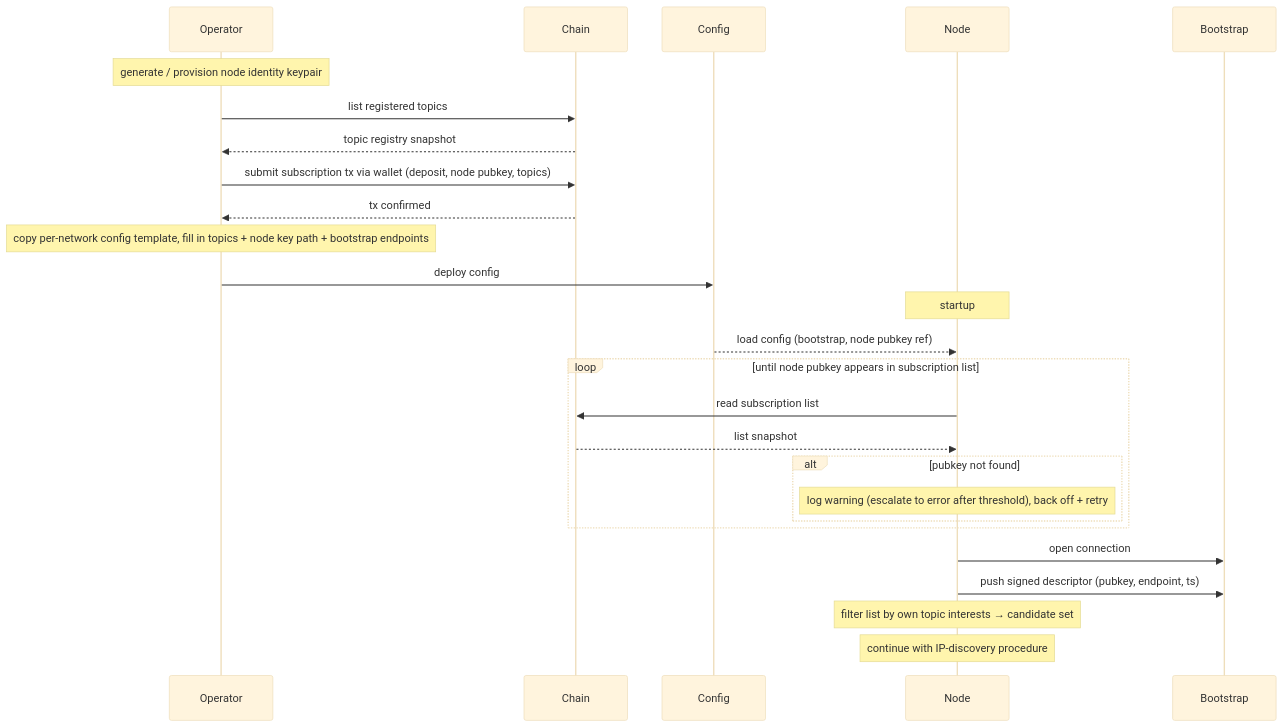
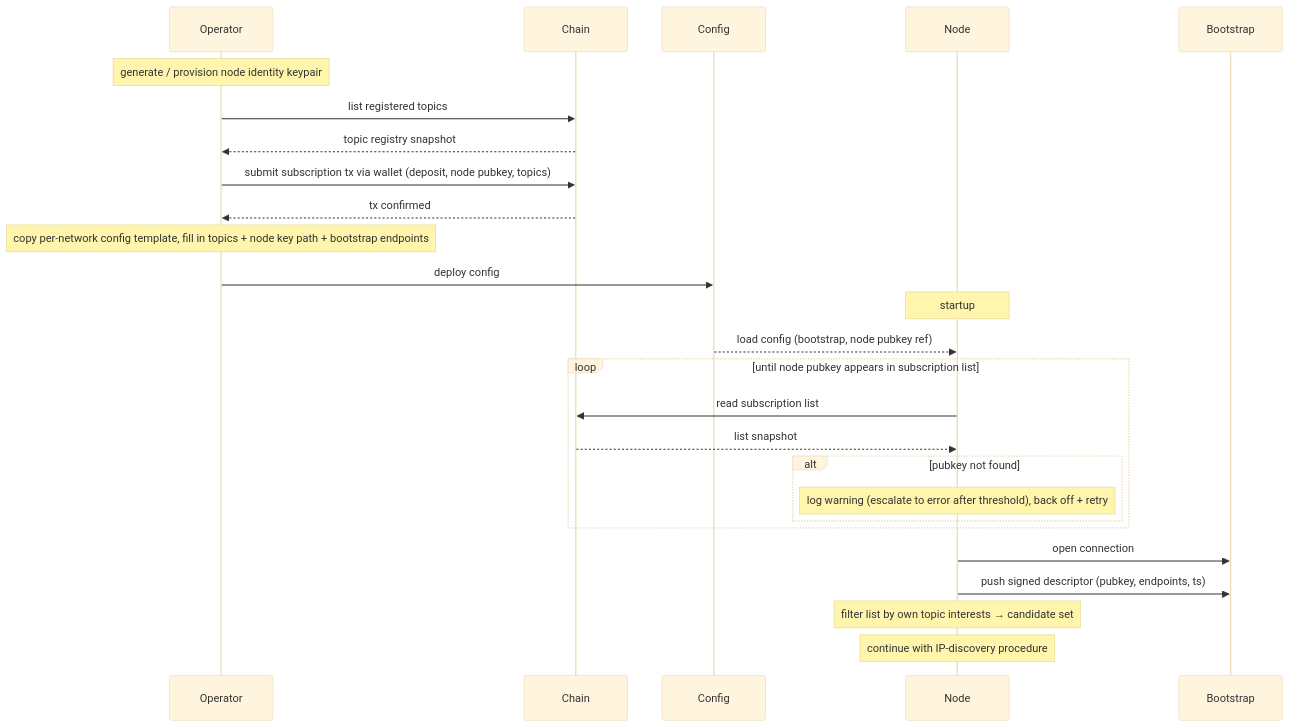
The diagram in docs/node-lifecycle/joining.md (input-output-hk/pubsub), drawn with Mermaid (base theme) before and after one commit. The commit also changed other lines of this file and 2 other files, not shown here.

First line of the commit message:
docs(node-lifecycle): SignedDescriptor carries an ordered endpoints list

````diff
--- a/docs/node-lifecycle/joining.md
+++ b/docs/node-lifecycle/joining.md
@@ -29,30 +29,30 @@
 ```mermaid
 sequenceDiagram
     participant Operator
     participant Chain
     participant Config
     participant Node
     participant Bootstrap
 
     Note over Operator: generate / provision node identity keypair
     Operator->>Chain: list registered topics
     Chain-->>Operator: topic registry snapshot
     Operator->>Chain: submit subscription tx via wallet (deposit, node pubkey, topics)
     Chain-->>Operator: tx confirmed
     Note over Operator: copy per-network config template, fill in topics + node key path + bootstrap endpoints
     Operator->>Config: deploy config
 
     Note over Node: startup
     Config-->>Node: load config (bootstrap, node pubkey ref)
     loop until node pubkey appears in subscription list
         Node->>Chain: read subscription list
         Chain-->>Node: list snapshot
         alt pubkey not found
             Note over Node: log warning (escalate to error after threshold), back off + retry
         end
     end
     Node->>Bootstrap: open connection
-    Node->>Bootstrap: push signed descriptor (pubkey, endpoint, ts)
+    Node->>Bootstrap: push signed descriptor (pubkey, endpoints, ts)
     Note over Node: filter list by own topic interests → candidate set
     Note over Node: continue with IP-discovery procedure
 ```
````
